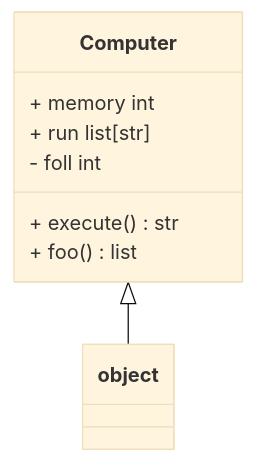
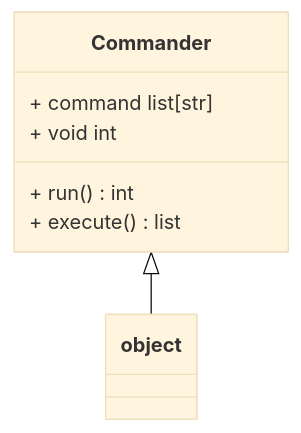
The diagram in output/design_doc.md (kesler20/draw-uml-backend), drawn with Mermaid (base theme) before and after one commit. The commit also changed 20 other files, not shown here.

````diff
--- a/output/design_doc.md
+++ b/output/design_doc.md
@@ -3,9 +3,8 @@
 ```mermaid
 classDiagram
-   Computer <|-- object
-   Computer : + memory int
-   Computer : + run list[str]
-   Computer : - foll int
-   Computer : + execute() str
-   Computer : + foo() list
+   Commander <|-- object
+   Commander : + command list[str]
+   Commander : + void int
+   Commander : + run() int
+   Commander : + execute() list
 ```
````
